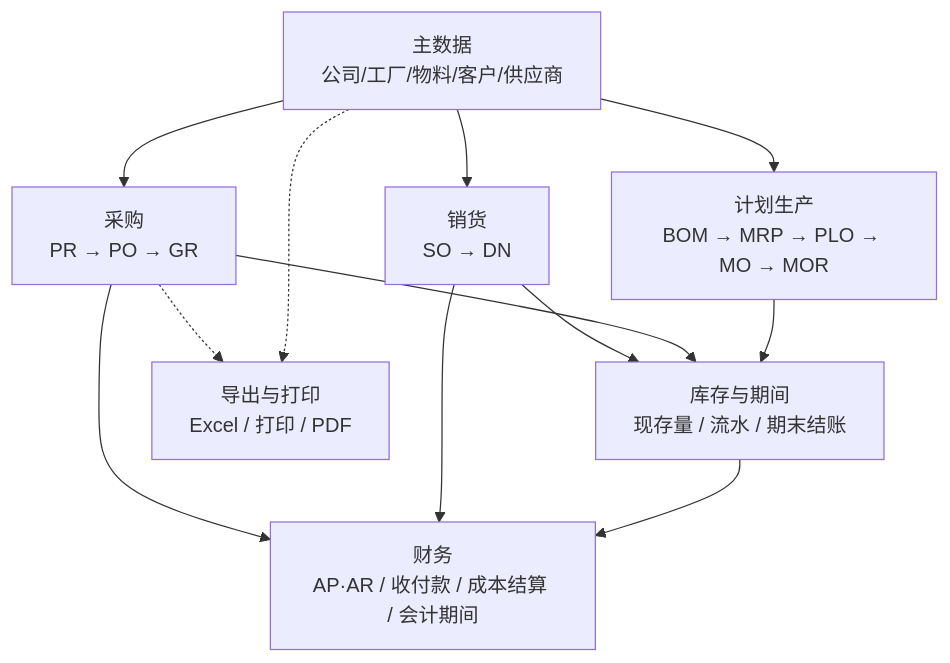
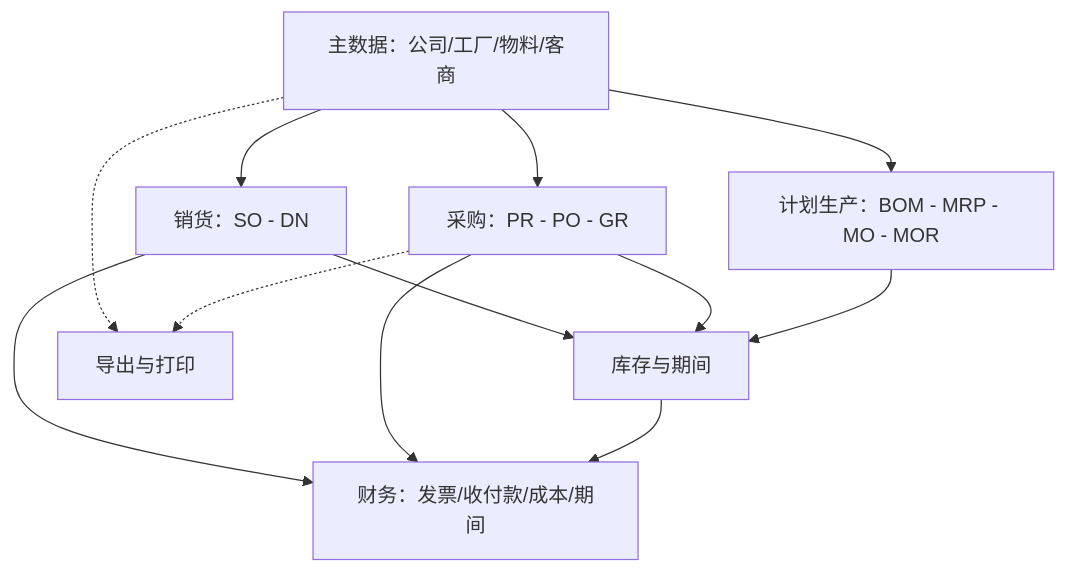
Before and after one commit to Micron818/lychee-doc: the second of 2 diagrams in user_training/zh/00-overview/01-system-process-map.md, drawn with Mermaid. The commit also changed other lines of this file and 6 other files, not shown here.

Commit message:
Add mermaid support to documentation with vitepress-plugin-mermaid; update package dependencies and enhance README. Improve flowchart examples in user training materials for clarity.

````diff
--- a/user_training/zh/00-overview/01-system-process-map.md
+++ b/user_training/zh/00-overview/01-system-process-map.md
@@ -60,20 +54,15 @@
 ```mermaid
 flowchart TB
-  MD[主数据<br/>公司/工厂/物料/客户/供应商]
-  OTC[销货<br/>SO → DN]
-  PTP[采购<br/>PR → PO → GR]
-  MFG[计划生产<br/>BOM → MRP → PLO → MO → MOR]
-  STK[库存与期间<br/>现存量 / 流水 / 期末结账]
-  FIN[财务<br/>AP·AR / 收付款 / 成本结算 / 会计期间]
-  EXP[导出与打印<br/>Excel / 打印 / PDF]
-
-  MD --> OTC & PTP & MFG
-  OTC --> STK
+  MD[主数据：公司/工厂/物料/客商]
+  MD --> OTC[销货：SO - DN]
+  MD --> PTP[采购：PR - PO - GR]
+  MD --> MFG[计划生产：BOM - MRP - MO - MOR]
+  OTC --> STK[库存与期间]
   PTP --> STK
   MFG --> STK
+  OTC --> FIN[财务：发票/收付款/成本/期间]
   PTP --> FIN
-  OTC --> FIN
   STK --> FIN
+  MD -.-> EXP[导出与打印]
   PTP -.-> EXP
-  MD -.-> EXP
 ```
````
